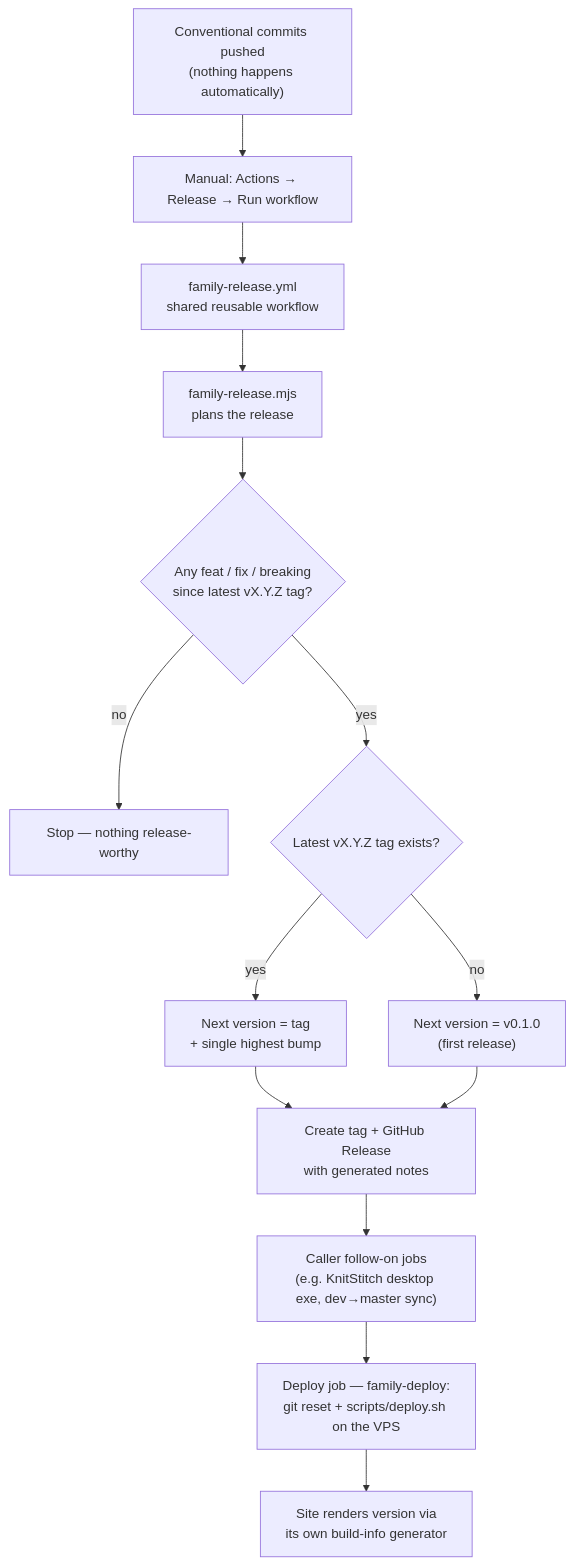
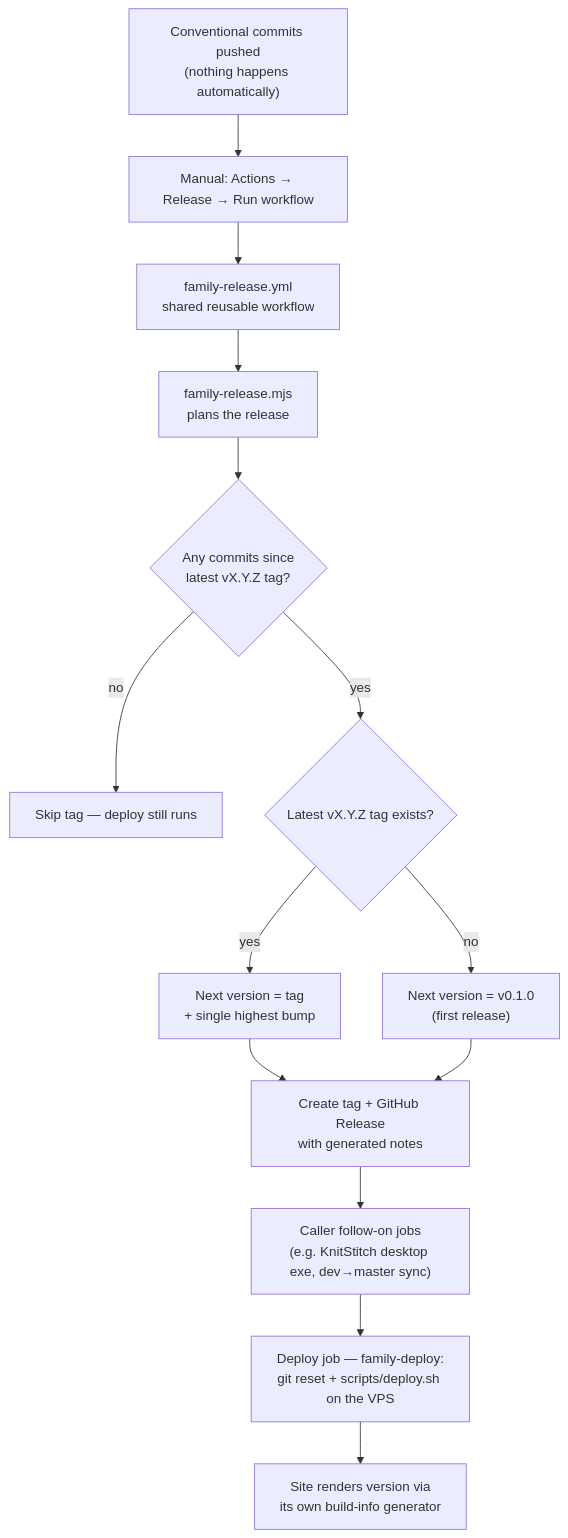
Before and after one commit to Box-of-Dragons/StructuredChaos: the diagram in docs/git-rules.md, drawn with Mermaid. The commit also changed other lines of this file and 1 other file, not shown here.

````diff
--- a/docs/git-rules.md
+++ b/docs/git-rules.md
@@ -87,16 +88,16 @@
 ```mermaid
 flowchart TD
     A["Conventional commits pushed<br>(nothing happens automatically)"] --> B["Manual: Actions → Release → Run workflow"]
     B --> C["family-release.yml<br>shared reusable workflow"]
     C --> D["family-release.mjs<br>plans the release"]
-    D --> E{"Any feat / fix / breaking<br>since latest vX.Y.Z tag?"}
-    E -- "no" --> F["Stop — nothing release-worthy"]
+    D --> E{"Any commits since<br>latest vX.Y.Z tag?"}
+    E -- "no" --> F["Skip tag — deploy still runs"]
     E -- "yes" --> G{"Latest vX.Y.Z tag exists?"}
     G -- "yes" --> H["Next version = tag<br>+ single highest bump"]
     G -- "no" --> I["Next version = v0.1.0<br>(first release)"]
     H --> J["Create tag + GitHub Release<br>with generated notes"]
     I --> J
     J --> K["Caller follow-on jobs<br>(e.g. KnitStitch desktop exe, dev→master sync)"]
     K --> L["Deploy job — family-deploy:<br>git reset + scripts/deploy.sh on the VPS"]
     L --> M["Site renders version via<br>its own build-info generator"]
 ```
````
